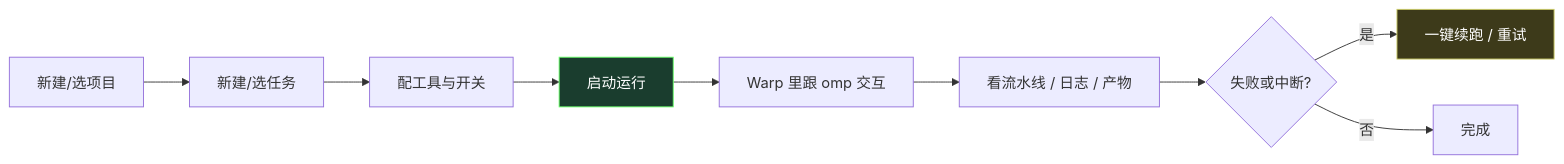
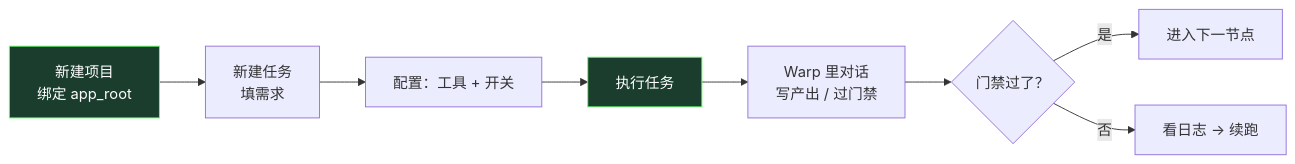
One commit to BeyondNothing/loop-ai-sdd-workflow-with-ui changed the diagram in WEB_UI.md. Above: the diagram before and after it, drawn with Mermaid. The commit also changed other lines of this file and 27 other files, not shown here.

````diff
--- a/WEB_UI.md
+++ b/WEB_UI.md
@@ -52,13 +50,12 @@
 ```mermaid
 flowchart LR
-  A["新建/选项目"] --> B["新建/选任务"]
-  B --> C["配工具与开关"]
-  C --> D["启动运行"]
-  D --> E["Warp 里跟 omp 交互"]
-  E --> F["看流水线 / 日志 / 产物"]
-  F --> G{"失败或中断?"}
-  G -->|是| H["一键续跑 / 重试"]
-  G -->|否| I["完成"]
+  A["新建项目<br/>绑定 app_root"] --> B["新建任务<br/>填需求"]
+  B --> C["配置：工具 + 开关"]
+  C --> D["执行任务"]
+  D --> E["Warp 里对话<br/>写产出 / 过门禁"]
+  E --> F{"门禁过了？"}
+  F -->|"是"| G["进入下一节点"]
+  F -->|"否"| H["看日志 → 续跑"]
+  style A fill:#1a3d2e,stroke:#6f6,color:#fff
   style D fill:#1a3d2e,stroke:#6f6,color:#fff
-  style H fill:#3d3a1a,stroke:#cc6,color:#fff
 ```
````
